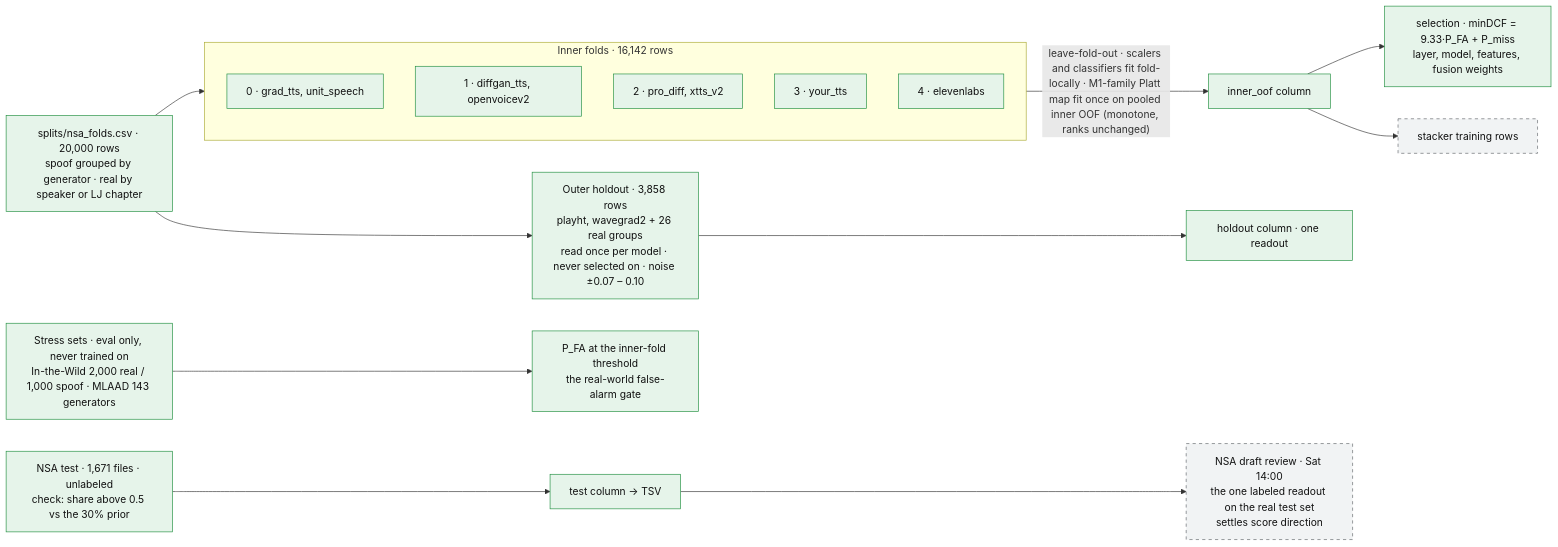
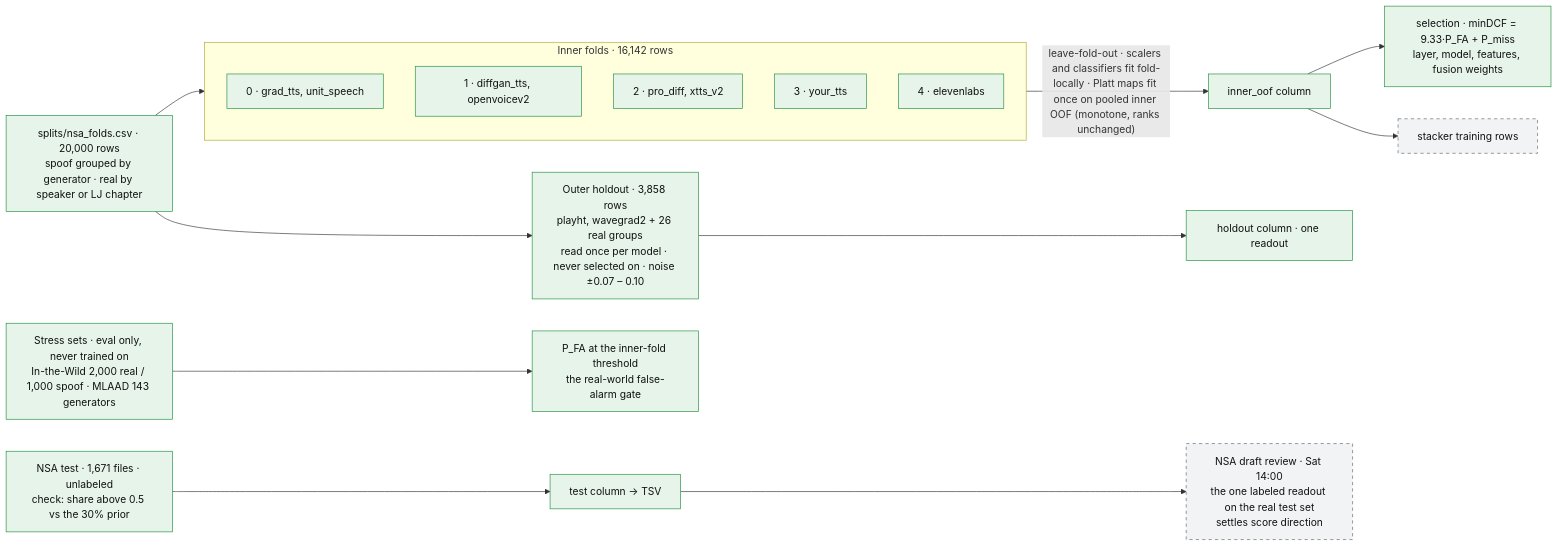
The fourth of 5 diagrams in docs/architecture.md (nrstough/hearsay), drawn with Mermaid before and after one commit. The commit also changed other lines of this file and 2 other files, not shown here.

Commit message:
docs(architecture): fold-discipline invariant states the pooled-inner-OOF Platt exception (Codex audit round 2)

````diff
--- a/docs/architecture.md
+++ b/docs/architecture.md
@@ -172,31 +172,31 @@
 ```mermaid
 flowchart LR
   FF["splits/nsa_folds.csv · 20,000 rows<br/>spoof grouped by generator · real by speaker or LJ chapter"]
 
   subgraph inner["Inner folds · 16,142 rows"]
     f0["0 · grad_tts, unit_speech"]
     f1["1 · diffgan_tts, openvoicev2"]
     f2["2 · pro_diff, xtts_v2"]
     f3["3 · your_tts"]
     f4["4 · elevenlabs"]
   end
   HO["Outer holdout · 3,858 rows<br/>playht, wavegrad2 + 26 real groups<br/>read once per model · never selected on · noise ±0.07 – 0.10"]
   ST["Stress sets · eval only, never trained on<br/>In-the-Wild 2,000 real / 1,000 spoof · MLAAD 143 generators"]
   TE["NSA test · 1,671 files · unlabeled<br/>check: share above 0.5 vs the 30% prior"]
 
   FF --> inner
   FF --> HO
-  inner -->|"leave-fold-out · scalers and classifiers fit fold-locally · M1-family Platt map fit once on pooled inner OOF (monotone, ranks unchanged)"| OOF["inner_oof column"]
+  inner -->|"leave-fold-out · scalers and classifiers fit fold-locally · Platt maps fit once on pooled inner OOF (monotone, ranks unchanged)"| OOF["inner_oof column"]
   OOF --> SEL["selection · minDCF = 9.33·P_FA + P_miss<br/>layer, model, features, fusion weights"]
   OOF --> STK["stacker training rows"]
   HO --> HOC["holdout column · one readout"]
   ST --> SR["P_FA at the inner-fold threshold<br/>the real-world false-alarm gate"]
   TE --> TC["test column → TSV"]
   DR["NSA draft review · Sat 14:00<br/>the one labeled readout on the real test set<br/>settles score direction"]
   TC --> DR
 
   classDef built fill:#e6f4ea,stroke:#1e8e3e,color:#111
   classDef planned fill:#f1f3f4,stroke:#5f6368,color:#111,stroke-dasharray:5
   class FF,f0,f1,f2,f3,f4,HO,ST,TE,OOF,SEL,HOC,SR,TC built
   class STK,DR planned
 ```
````
